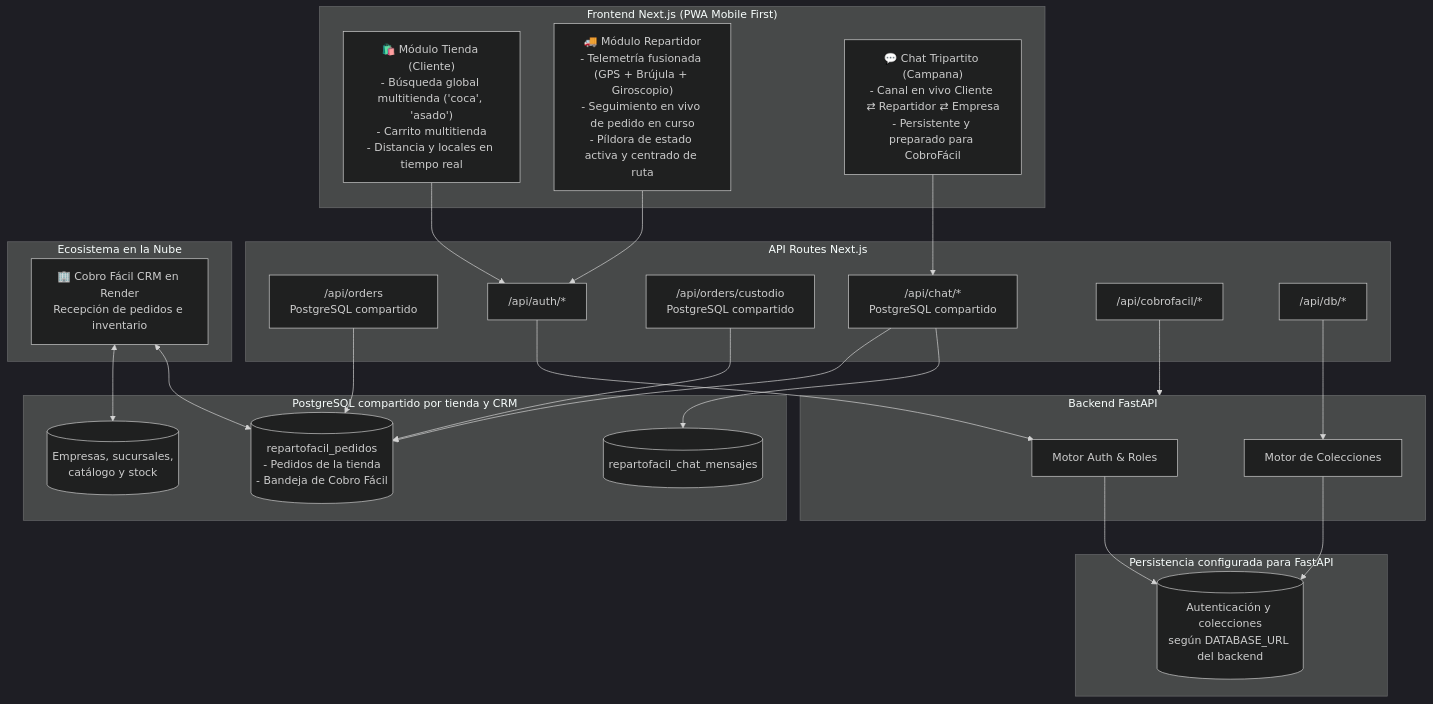
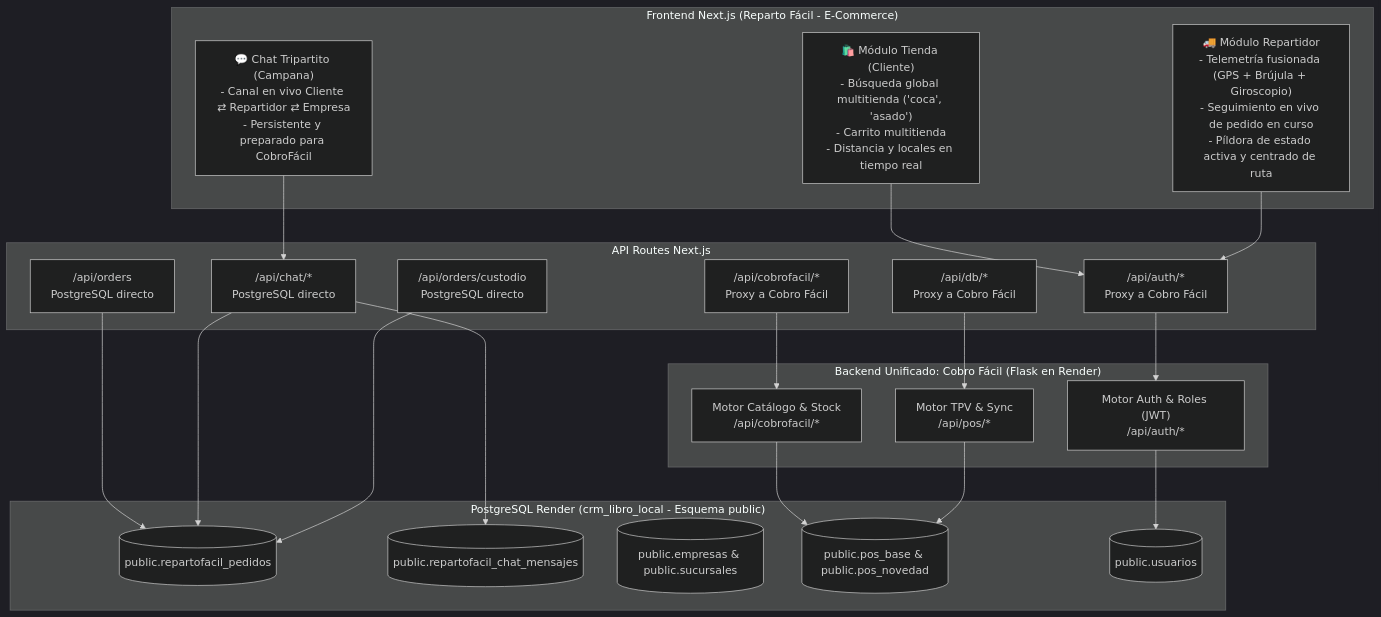
Before and after one commit to cesarmaciel1234/RepartoFacil-web: the diagram in docs/ARQUITECTURA_Y_ROADMAP.md, drawn with Mermaid (dark theme). The commit also changed other lines of this file and 46 other files, not shown here.

````diff
--- a/docs/ARQUITECTURA_Y_ROADMAP.md
+++ b/docs/ARQUITECTURA_Y_ROADMAP.md
@@ -16,51 +17,45 @@
 ```mermaid
 flowchart TD
-    subgraph Frontend["Frontend Next.js (PWA Mobile First)"]
+    subgraph Frontend["Frontend Next.js (Reparto Fácil - E-Commerce)"]
         UI_Cliente["🛍️ Módulo Tienda (Cliente)\n- Búsqueda global multitienda ('coca', 'asado')\n- Carrito multitienda\n- Distancia y locales en tiempo real"]
         UI_Repartidor["🚚 Módulo Repartidor\n- Telemetría fusionada (GPS + Brújula + Giroscopio)\n- Seguimiento en vivo de pedido en curso\n- Píldora de estado activa y centrado de ruta"]
         UI_Chat["💬 Chat Tripartito (Campana)\n- Canal en vivo Cliente ⇄ Repartidor ⇄ Empresa\n- Persistente y preparado para CobroFácil"]
     end
 
     subgraph NextAPI["API Routes Next.js"]
-        OrdersAPI["/api/orders\nPostgreSQL compartido"]
-        ChatAPI["/api/chat/*\nPostgreSQL compartido"]
-        CustodioAPI["/api/orders/custodio\nPostgreSQL compartido"]
-        ProxyAuth["/api/auth/*"]
-        ProxyCF["/api/cobrofacil/*"]
-        ProxyDB["/api/db/*"]
+        OrdersAPI["/api/orders\nPostgreSQL directo"]
+        ChatAPI["/api/chat/*\nPostgreSQL directo"]
+        CustodioAPI["/api/orders/custodio\nPostgreSQL directo"]
+        ProxyAuth["/api/auth/*\nProxy a Cobro Fácil"]
+        ProxyCF["/api/cobrofacil/*\nProxy a Cobro Fácil"]
+        ProxyDB["/api/db/*\nProxy a Cobro Fácil"]
     end
 
-    subgraph BackendAPI["Backend FastAPI"]
-        AuthEngine["Motor Auth & Roles"]
-        DBEngine["Motor de Colecciones"]
+    subgraph BackendAPI["Backend Unificado: Cobro Fácil (Flask en Render)"]
+        AuthEngine["Motor Auth & Roles (JWT)\n/api/auth/*"]
+        PosEngine["Motor TPV & Sync\n/api/pos/*"]
+        CatalogEngine["Motor Catálogo & Stock\n/api/cobrofacil/*"]
     end
 
-    subgraph BaseDeDatos["PostgreSQL compartido por tienda y CRM"]
-        Col_Orders[("repartofacil_pedidos\n- Pedidos de la tienda\n- Bandeja de Cobro Fácil")]
-        Col_Chat[("repartofacil_chat_mensajes")]
-        Col_Companies[("Empresas, sucursales,\ncatálogo y stock")]
-    end
-
-    subgraph BackendDB["Persistencia configurada para FastAPI"]
-        Col_Auth[("Autenticación y colecciones\nsegún DATABASE_URL del backend")]
-    end
-
-    subgraph CloudExt["Ecosistema en la Nube"]
-        CobroFacil["🏢 Cobro Fácil CRM en Render\nRecepción de pedidos e inventario"]
+    subgraph BaseDeDatos["PostgreSQL Render (crm_libro_local - Esquema public)"]
+        Col_Orders[("public.repartofacil_pedidos")]
+        Col_Chat[("public.repartofacil_chat_mensajes")]
+        Col_Companies[("public.empresas & public.sucursales")]
+        Col_Catalog[("public.pos_base & public.pos_novedad")]
+        Col_Users[("public.usuarios")]
     end
 
     UI_Cliente --> ProxyAuth
     UI_Repartidor --> ProxyAuth
     UI_Chat --> ChatAPI
     OrdersAPI --> Col_Orders
     ChatAPI --> Col_Chat
     ChatAPI --> Col_Orders
     CustodioAPI --> Col_Orders
-    ProxyCF --> BackendAPI
+    ProxyCF --> CatalogEngine
     ProxyAuth --> AuthEngine
-    ProxyDB --> DBEngine
-    AuthEngine --> Col_Auth
-    DBEngine --> Col_Auth
-    CobroFacil <--> Col_Orders
-    CobroFacil <--> Col_Companies
+    ProxyDB --> PosEngine
+    AuthEngine --> Col_Users
+    CatalogEngine --> Col_Catalog
+    PosEngine --> Col_Catalog
 ```
````
